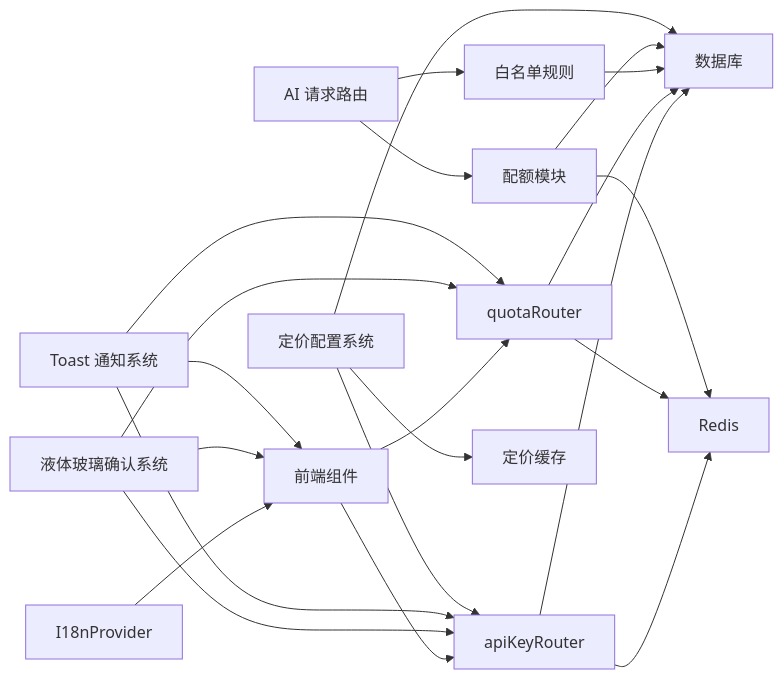
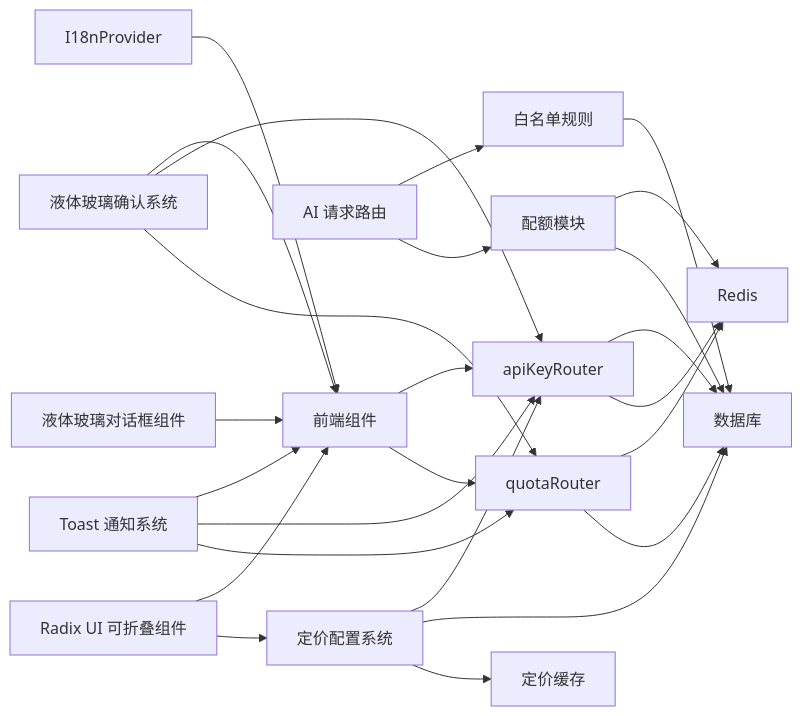
One commit to RadiumAg/AIGate changed the tenth of 10 diagrams in .qoder/repowiki/zh/content/核心功能/API Key 管理.md. Above: the diagram before and after it, drawn with Mermaid. The commit also changed other lines of this file and 8 other files, not shown here.

````diff
--- a/.qoder/repowiki/zh/content/核心功能/API Key 管理.md
+++ b/.qoder/repowiki/zh/content/核心功能/API Key 管理.md
@@ -673,24 +710,27 @@
 ```mermaid
 graph LR
 I18n["I18nProvider"] --> UI["前端组件"]
 UI --> TPR["apiKeyRouter"]
 UI --> QR["quotaRouter"]
 TPR --> DB["数据库"]
 TPR --> RC["Redis"]
 QR --> RC
 QR --> DB
 AI["AI 请求路由"] --> WL["白名单规则"]
 AI --> QU["配额模块"]
 WL --> DB
 QU --> RC
 QU --> DB
 Confirm["液体玻璃确认系统"] --> UI
 Confirm --> TPR
 Confirm --> QR
 Toast["Toast 通知系统"] --> UI
 Toast --> TPR
 Toast --> QR
 Pricing["定价配置系统"] --> TPR
 Pricing --> DB
 Pricing --> Cache["定价缓存"]
+Collapsible["Radix UI 可折叠组件"] --> UI
+Collapsible --> Pricing
+LiquidGlass["液体玻璃对话框组件"] --> UI
 ```
````
